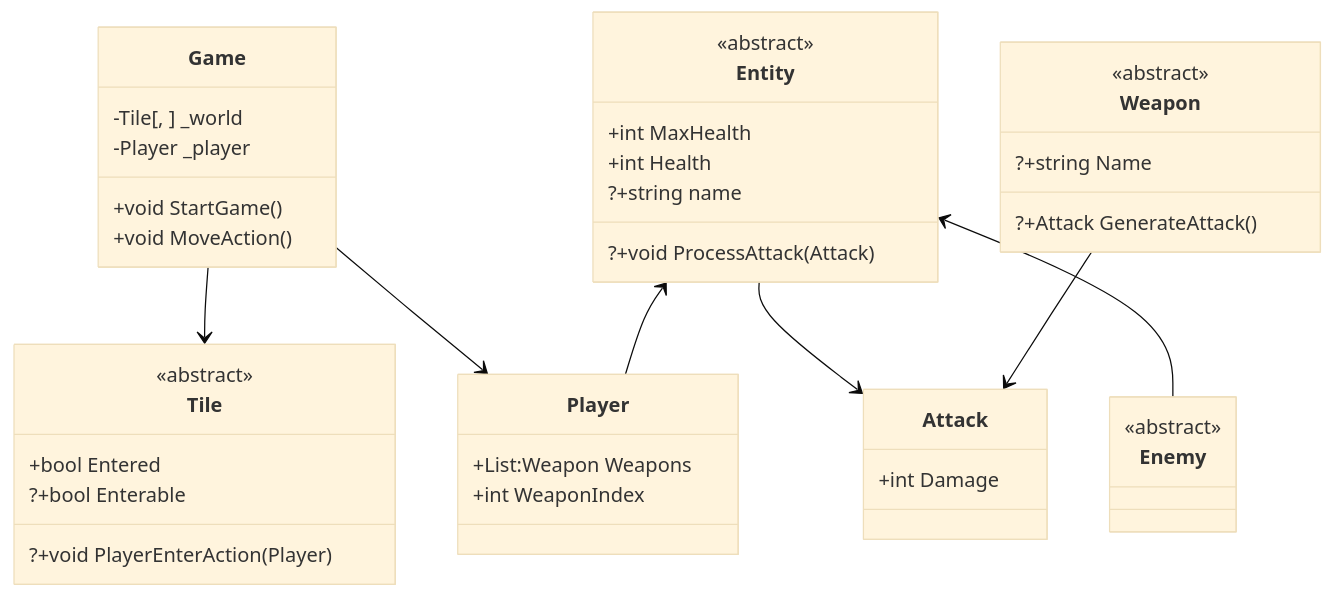
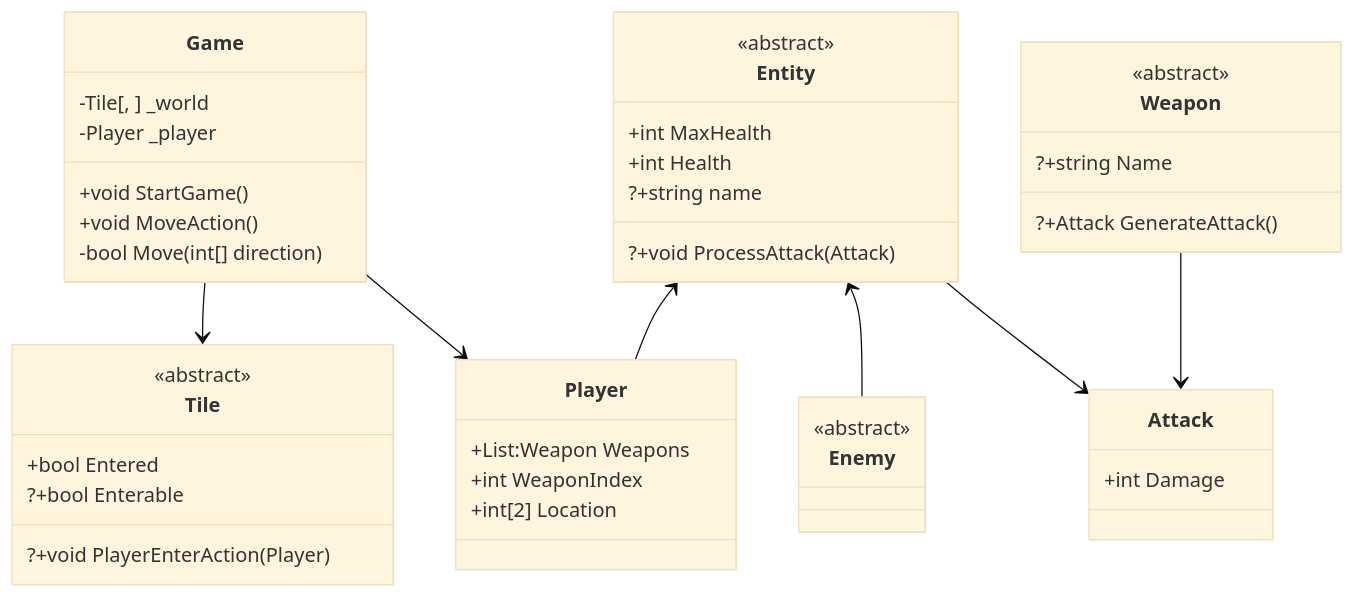
One commit to A-A-Tel/TheBizarreJourney changed the diagram in Diagram.mmd. Above: the diagram before and after it, drawn with Mermaid (base theme). The commit also changed 5 other files, not shown here.

```diff
--- a/Diagram.mmd
+++ b/Diagram.mmd
@@ -1,52 +1,55 @@
 classDiagram
     class Game {
         -Tile[, ] _world
         -Player _player
         
         +void StartGame()
         +void MoveAction()
+        -bool Move(int[] direction)
     }
     class Tile {
         <<abstract>>
         
         +bool Entered
         ?+bool Enterable
         
         ?+void PlayerEnterAction(Player)
     }
     
     class Entity {
         <<abstract>>
         +int MaxHealth
         +int Health
         ?+string name
         
         ?+void ProcessAttack(Attack)
     }
     class Player {
         +List:Weapon Weapons
         +int WeaponIndex
+        +int[2] Location
+        
     }
     class Enemy {
         <<abstract>>
     }
     
     class Weapon {
         <<abstract>>
         ?+string Name
         
         ?+Attack GenerateAttack()
     }
     
     class Attack {
         +int Damage
     }
     
     Game --> Tile
     Game --> Player
     
+    Entity <-- Enemy
     Entity --> Attack
     Entity <-- Player
-    Entity <-- Enemy
     
     Weapon --> Attack
```
